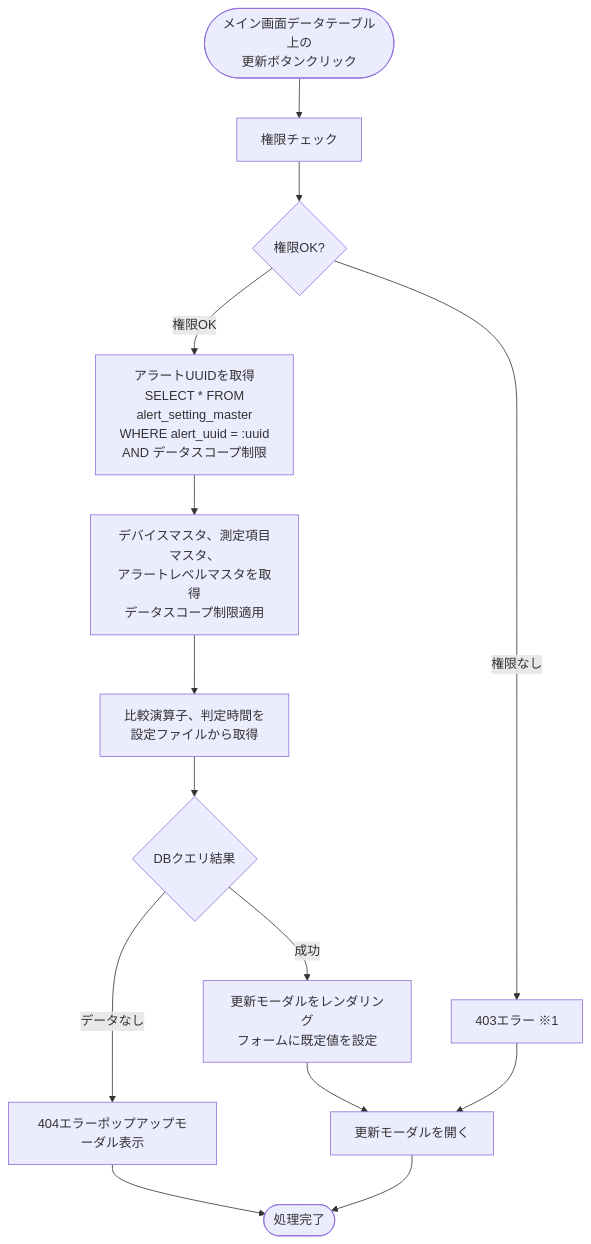
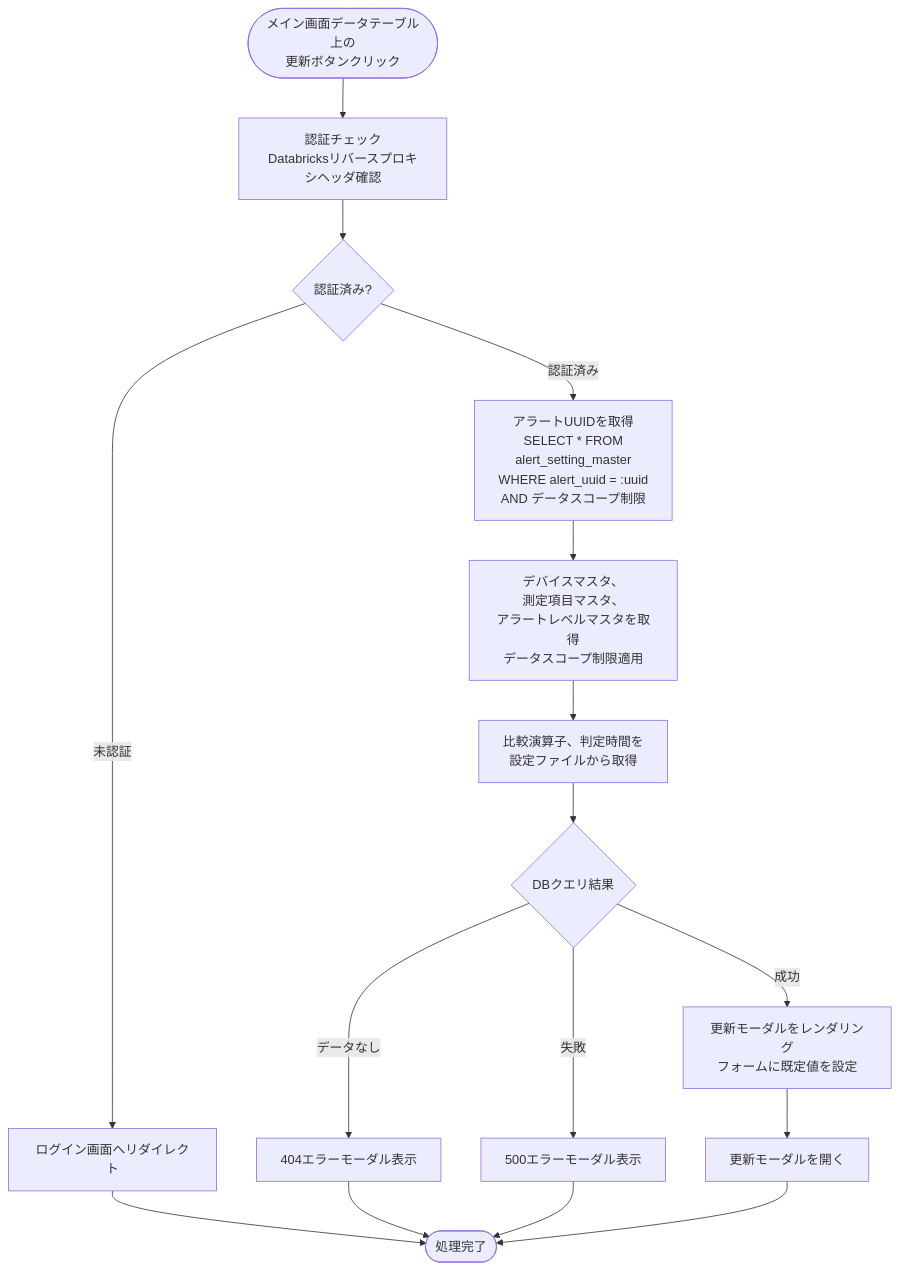
Before and after one commit to NSW-SVCP-AIWG002/Databricks-IoT: the fifth of 9 diagrams in docs/03-features/flask-app/alert-settings/workflow-specification.md, drawn with Mermaid. The commit also changed other lines of this file and 2 other files, not shown here.

````diff
--- a/docs/03-features/flask-app/alert-settings/workflow-specification.md
+++ b/docs/03-features/flask-app/alert-settings/workflow-specification.md
@@ -535,20 +576,22 @@
 ```mermaid
 flowchart TD
-    Start([メイン画面データテーブル上の<br>更新ボタンクリック]) --> Permission[権限チェック]
-    Permission --> CheckPerm{権限OK?}
+    Start([メイン画面データテーブル上の<br>更新ボタンクリック]) --> Auth[認証チェック<br>Databricksリバースプロキシヘッダ確認]
+    Auth --> CheckAuth{認証済み?}
+    CheckAuth -->|未認証| Error401[ログイン画面へリダイレクト]
+    Error401 --> End([処理完了])
 
-    CheckPerm -->|権限OK| GetID[アラートUUIDを取得<br>SELECT * FROM<br> alert_setting_master<br>WHERE alert_uuid = :uuid<br>AND データスコープ制限]
-    GetID --> GetMaster[デバイスマスタ、測定項目マスタ、<br>アラートレベルマスタを取得<br>データスコープ制限適用]
+    CheckAuth -->|認証済み| GetID[アラートUUIDを取得<br>SELECT * FROM<br> alert_setting_master<br>WHERE alert_uuid = :uuid<br>AND データスコープ制限]
+    GetID --> GetMaster[デバイスマスタ、<br>測定項目マスタ、<br>アラートレベルマスタを取得<br>データスコープ制限適用]
     GetMaster --> GetConfig[比較演算子、判定時間を<br>設定ファイルから取得]
     GetConfig --> Check{DBクエリ結果}
 
-    Check -->|データなし| Error404[404エラーポップアップモーダル表示]
+    Check -->|データなし| Error404[404エラーモーダル表示]
     Error404 --> End
+
+    Check -->|失敗| Error500[500エラーモーダル表示]
+    Error500 --> End
 
     Check -->|成功| Template[更新モーダルをレンダリング<br>フォームに既定値を設定]
     Template --> OpenModal[更新モーダルを開く]
-    OpenModal --> End([処理完了])
-    
-    CheckPerm -->|権限なし| Error403[403エラー ※1]
-    Error403--> OpenModal
+    OpenModal --> End
 ```
````
